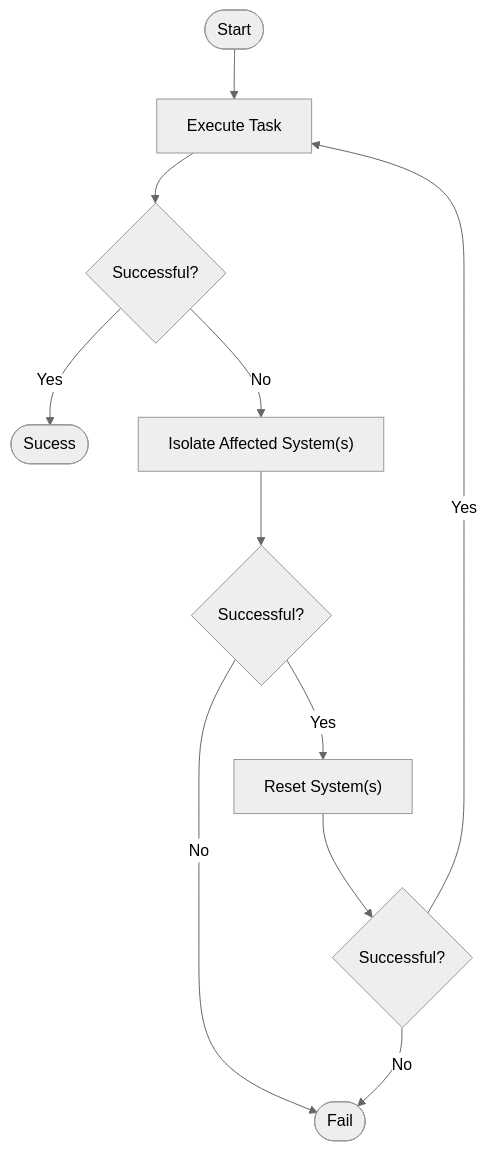
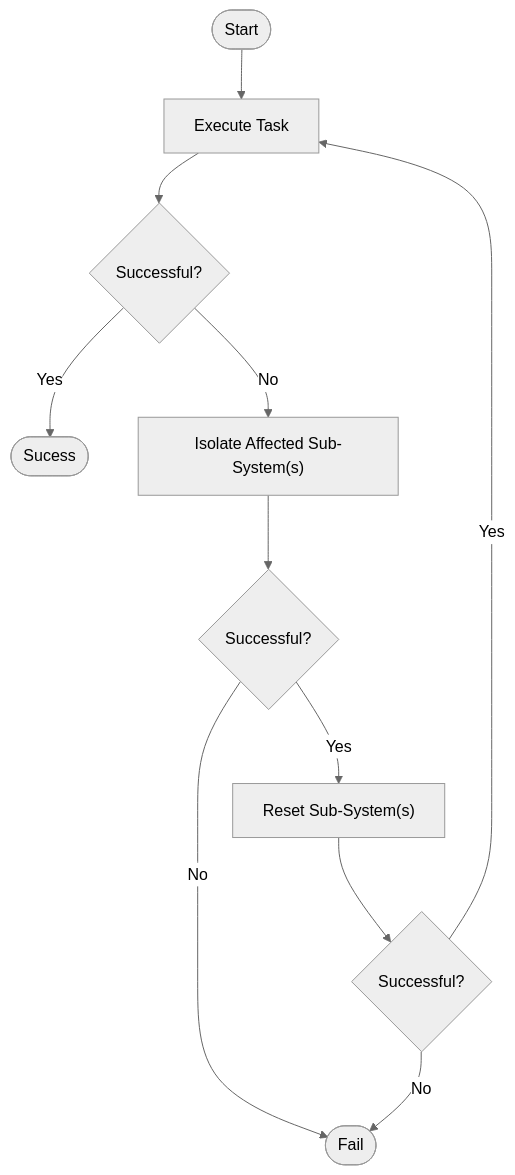
Before and after one commit to ORNL/intersect-architecture: the diagram in sos/logical/resilience/reinitialization/workflow.mmd, drawn with Mermaid (neutral theme). The commit also changed 1 other file, not shown here.

```diff
--- a/sos/logical/resilience/reinitialization/workflow.mmd
+++ b/sos/logical/resilience/reinitialization/workflow.mmd
@@ -1,11 +1,11 @@
 flowchart TD
     A(["Start"]) --> B["Execute Task"]
     B --> C{"Successful?"}
     C -->|Yes| D(["Sucess"])
-    C -->|No| E["Isolate Affected System(s)"]
+    C -->|No| E["Isolate Affected Sub-System(s)"]
     E --> F{"Successful?"}
-    F -->|Yes| G["Reset System(s)"]
+    F -->|Yes| G["Reset Sub-System(s)"]
     F -->|No| H(["Fail"])
     G --> I{"Successful?"}
     I -->|Yes| B
     I -->|No| H
```
